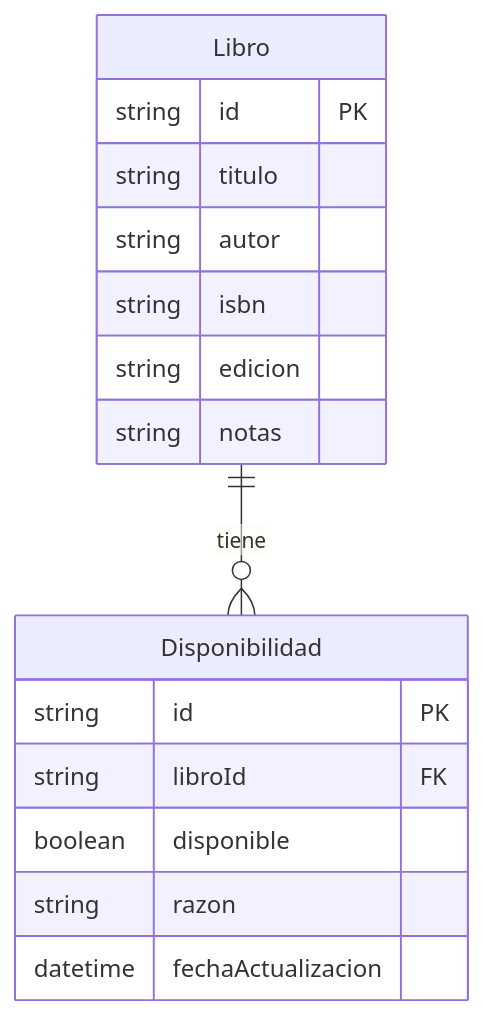
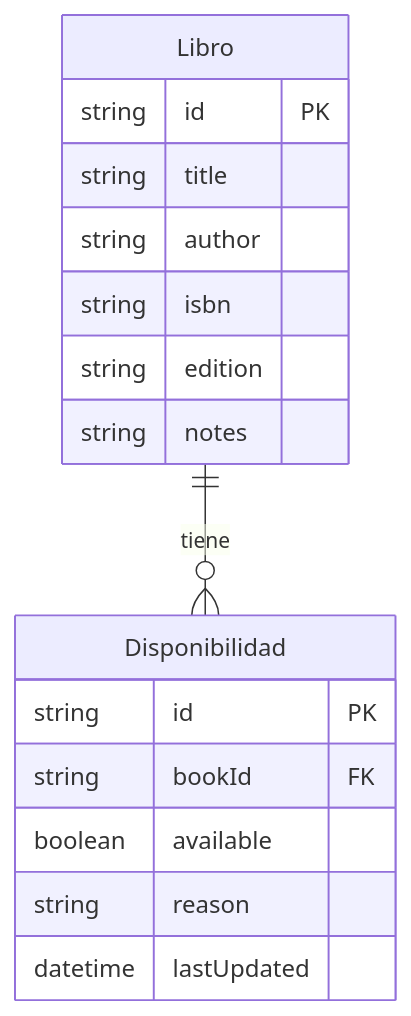
One commit to alebuzo/SOA-I-2026 changed the third of 5 diagrams in tarea1/03-contexto-inventario.md. Above: the diagram before and after it, drawn with Mermaid. The commit also changed other lines of this file and 1 other file, not shown here.

````diff
--- a/tarea1/03-contexto-inventario.md
+++ b/tarea1/03-contexto-inventario.md
@@ -132,21 +132,21 @@
 ```mermaid
 erDiagram
     Libro {
         string id PK
-        string titulo
-        string autor
+        string title
+        string author
         string isbn
-        string edicion
-        string notas
+        string edition
+        string notes
     }
 
     Disponibilidad {
         string id PK
-        string libroId FK
-        boolean disponible
-        string razon
-        datetime fechaActualizacion
+        string bookId FK
+        boolean available
+        string reason
+        datetime lastUpdated
     }
 
     Libro ||--o{ Disponibilidad : "tiene"
 ```
````
